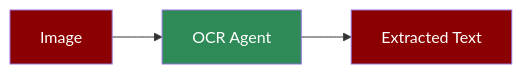
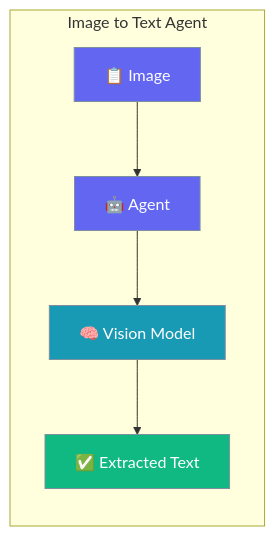
Before and after one commit to MervinPraison/PraisonAIDocs: the first of 2 diagrams in docs/agents/image-to-text.mdx, drawn with Mermaid. The commit also changed other lines of this file and 2 other files, not shown here.

Commit message:
docs: AGENTS.md compliance for image-to-text, markdown, planning agents (#1733)

````diff
--- a/docs/agents/image-to-text.mdx
+++ b/docs/agents/image-to-text.mdx
@@ -8,9 +29,16 @@
 ```mermaid
-flowchart LR
-    In[Image] --> Agent[OCR Agent]
-    Agent --> Out[Extracted Text]
-    
-    style In fill:#8B0000,color:#fff
-    style Agent fill:#2E8B57,color:#fff
-    style Out fill:#8B0000,color:#fff
+graph LR
+    subgraph "Image to Text Agent"
+        User[📋 Image] --> Agent[🤖 Agent]
+        Agent --> Vision[🧠 Vision Model]
+        Vision --> Result[✅ Extracted Text]
+    end
+
+    classDef input fill:#6366F1,stroke:#7C90A0,color:#fff
+    classDef process fill:#189AB4,stroke:#7C90A0,color:#fff
+    classDef output fill:#10B981,stroke:#7C90A0,color:#fff
+
+    class User,Agent input
+    class Vision process
+    class Result output
 ```
````
